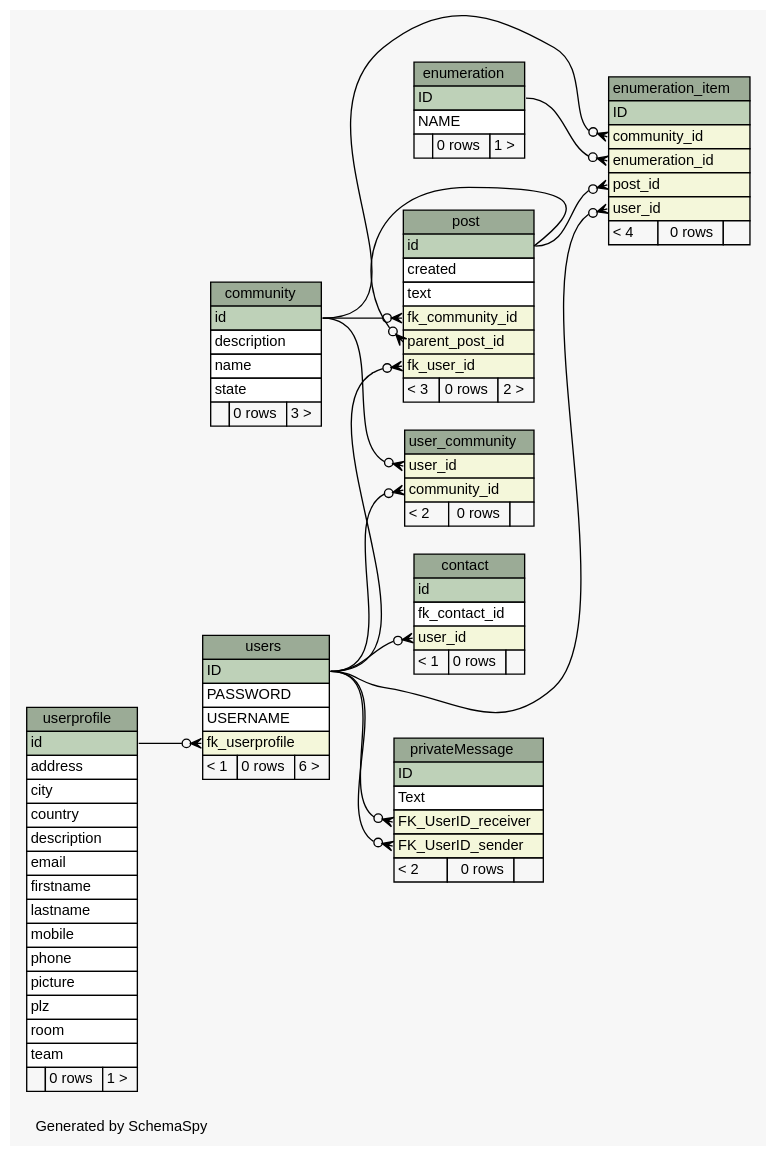
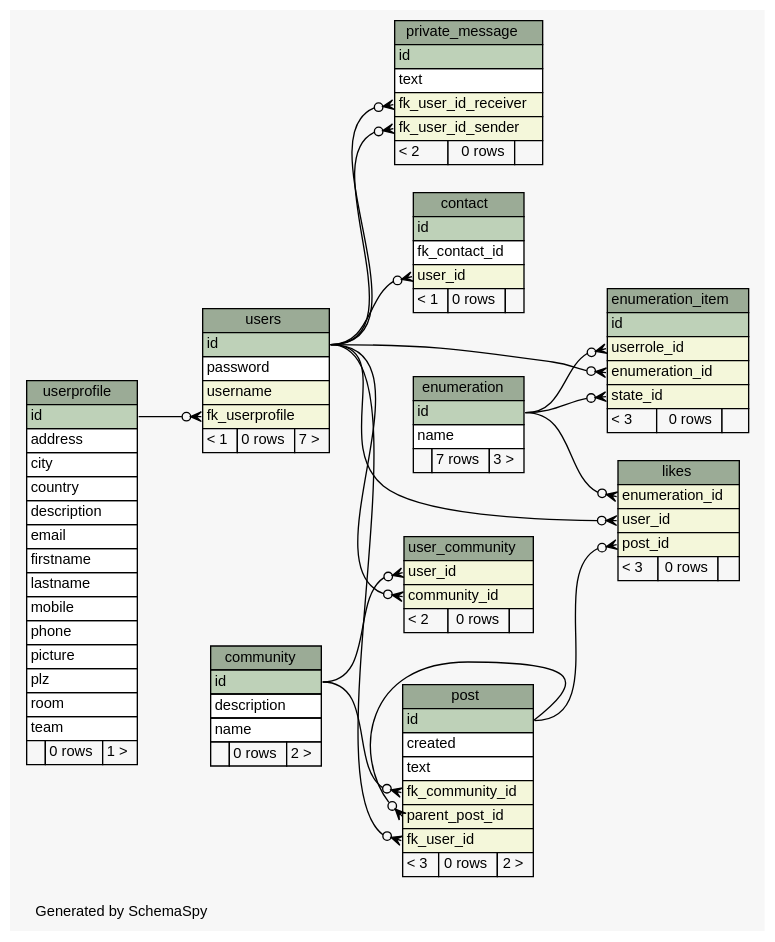
Before and after one commit to chr-krenn/chr-krenn-fhj-ws2017-sd17-pse: the diagram in doc/db_schema/diagrams/summary/relationships.real.large.dot, drawn with Graphviz. The commit also changed 65 other files, not shown here.

```diff
--- a/doc/db_schema/diagrams/summary/relationships.real.large.dot
+++ b/doc/db_schema/diagrams/summary/relationships.real.large.dot
@@ -1,160 +1,172 @@
 // dot 2.40.1 on Linux 4.12.5-300.fc26.x86_64
 // SchemaSpy rev 590
 digraph "largeRelationshipsDiagram" {
   graph [
     rankdir="RL"
     bgcolor="#f7f7f7"
     label="\nGenerated by SchemaSpy"
     labeljust="l"
     nodesep="0.18"
     ranksep="0.46"
     fontname="Helvetica"
     fontsize="11"
   ];
   node [
     fontname="Helvetica"
     fontsize="11"
     shape="plaintext"
   ];
   edge [
     arrowsize="0.8"
   ];
   "community" [
     label=<
     <TABLE BORDER="0" CELLBORDER="1" CELLSPACING="0" BGCOLOR="#ffffff">
       <TR><TD COLSPAN="3" BGCOLOR="#9bab96" ALIGN="CENTER">community</TD></TR>
       <TR><TD PORT="id" COLSPAN="3" BGCOLOR="#bed1b8" ALIGN="LEFT">id</TD></TR>
       <TR><TD PORT="description" COLSPAN="3" ALIGN="LEFT">description</TD></TR>
       <TR><TD PORT="name" COLSPAN="3" ALIGN="LEFT">name</TD></TR>
-      <TR><TD PORT="state" COLSPAN="3" ALIGN="LEFT">state</TD></TR>
-      <TR><TD ALIGN="LEFT" BGCOLOR="#f7f7f7">  </TD><TD ALIGN="RIGHT" BGCOLOR="#f7f7f7">0 rows</TD><TD ALIGN="RIGHT" BGCOLOR="#f7f7f7">3 &gt;</TD></TR>
+      <TR><TD ALIGN="LEFT" BGCOLOR="#f7f7f7">  </TD><TD ALIGN="RIGHT" BGCOLOR="#f7f7f7">0 rows</TD><TD ALIGN="RIGHT" BGCOLOR="#f7f7f7">2 &gt;</TD></TR>
     </TABLE>>
     URL="tables/community.html"
     tooltip="community"
   ];
   "contact" [
     label=<
     <TABLE BORDER="0" CELLBORDER="1" CELLSPACING="0" BGCOLOR="#ffffff">
       <TR><TD COLSPAN="3" BGCOLOR="#9bab96" ALIGN="CENTER">contact</TD></TR>
       <TR><TD PORT="id" COLSPAN="3" BGCOLOR="#bed1b8" ALIGN="LEFT">id</TD></TR>
       <TR><TD PORT="fk_contact_id" COLSPAN="3" ALIGN="LEFT">fk_contact_id</TD></TR>
       <TR><TD PORT="user_id" COLSPAN="3" BGCOLOR="#f4f7da" ALIGN="LEFT">user_id</TD></TR>
       <TR><TD ALIGN="LEFT" BGCOLOR="#f7f7f7">&lt; 1</TD><TD ALIGN="RIGHT" BGCOLOR="#f7f7f7">0 rows</TD><TD ALIGN="RIGHT" BGCOLOR="#f7f7f7">  </TD></TR>
     </TABLE>>
     URL="tables/contact.html"
     tooltip="contact"
   ];
   "enumeration" [
     label=<
     <TABLE BORDER="0" CELLBORDER="1" CELLSPACING="0" BGCOLOR="#ffffff">
       <TR><TD COLSPAN="3" BGCOLOR="#9bab96" ALIGN="CENTER">enumeration</TD></TR>
-      <TR><TD PORT="ID" COLSPAN="3" BGCOLOR="#bed1b8" ALIGN="LEFT">ID</TD></TR>
-      <TR><TD PORT="NAME" COLSPAN="3" ALIGN="LEFT">NAME</TD></TR>
-      <TR><TD ALIGN="LEFT" BGCOLOR="#f7f7f7">  </TD><TD ALIGN="RIGHT" BGCOLOR="#f7f7f7">0 rows</TD><TD ALIGN="RIGHT" BGCOLOR="#f7f7f7">1 &gt;</TD></TR>
+      <TR><TD PORT="id" COLSPAN="3" BGCOLOR="#bed1b8" ALIGN="LEFT">id</TD></TR>
+      <TR><TD PORT="name" COLSPAN="3" ALIGN="LEFT">name</TD></TR>
+      <TR><TD ALIGN="LEFT" BGCOLOR="#f7f7f7">  </TD><TD ALIGN="RIGHT" BGCOLOR="#f7f7f7">7 rows</TD><TD ALIGN="RIGHT" BGCOLOR="#f7f7f7">3 &gt;</TD></TR>
     </TABLE>>
     URL="tables/enumeration.html"
     tooltip="enumeration"
   ];
   "enumeration_item" [
     label=<
     <TABLE BORDER="0" CELLBORDER="1" CELLSPACING="0" BGCOLOR="#ffffff">
       <TR><TD COLSPAN="3" BGCOLOR="#9bab96" ALIGN="CENTER">enumeration_item</TD></TR>
-      <TR><TD PORT="ID" COLSPAN="3" BGCOLOR="#bed1b8" ALIGN="LEFT">ID</TD></TR>
-      <TR><TD PORT="community_id" COLSPAN="3" BGCOLOR="#f4f7da" ALIGN="LEFT">community_id</TD></TR>
+      <TR><TD PORT="id" COLSPAN="3" BGCOLOR="#bed1b8" ALIGN="LEFT">id</TD></TR>
+      <TR><TD PORT="userrole_id" COLSPAN="3" BGCOLOR="#f4f7da" ALIGN="LEFT">userrole_id</TD></TR>
       <TR><TD PORT="enumeration_id" COLSPAN="3" BGCOLOR="#f4f7da" ALIGN="LEFT">enumeration_id</TD></TR>
-      <TR><TD PORT="post_id" COLSPAN="3" BGCOLOR="#f4f7da" ALIGN="LEFT">post_id</TD></TR>
-      <TR><TD PORT="user_id" COLSPAN="3" BGCOLOR="#f4f7da" ALIGN="LEFT">user_id</TD></TR>
-      <TR><TD ALIGN="LEFT" BGCOLOR="#f7f7f7">&lt; 4</TD><TD ALIGN="RIGHT" BGCOLOR="#f7f7f7">0 rows</TD><TD ALIGN="RIGHT" BGCOLOR="#f7f7f7">  </TD></TR>
+      <TR><TD PORT="state_id" COLSPAN="3" BGCOLOR="#f4f7da" ALIGN="LEFT">state_id</TD></TR>
+      <TR><TD ALIGN="LEFT" BGCOLOR="#f7f7f7">&lt; 3</TD><TD ALIGN="RIGHT" BGCOLOR="#f7f7f7">0 rows</TD><TD ALIGN="RIGHT" BGCOLOR="#f7f7f7">  </TD></TR>
     </TABLE>>
     URL="tables/enumeration_item.html"
     tooltip="enumeration_item"
+  ];
+  "likes" [
+    label=<
+    <TABLE BORDER="0" CELLBORDER="1" CELLSPACING="0" BGCOLOR="#ffffff">
+      <TR><TD COLSPAN="3" BGCOLOR="#9bab96" ALIGN="CENTER">likes</TD></TR>
+      <TR><TD PORT="enumeration_id" COLSPAN="3" BGCOLOR="#f4f7da" ALIGN="LEFT">enumeration_id</TD></TR>
+      <TR><TD PORT="user_id" COLSPAN="3" BGCOLOR="#f4f7da" ALIGN="LEFT">user_id</TD></TR>
+      <TR><TD PORT="post_id" COLSPAN="3" BGCOLOR="#f4f7da" ALIGN="LEFT">post_id</TD></TR>
+      <TR><TD ALIGN="LEFT" BGCOLOR="#f7f7f7">&lt; 3</TD><TD ALIGN="RIGHT" BGCOLOR="#f7f7f7">0 rows</TD><TD ALIGN="RIGHT" BGCOLOR="#f7f7f7">  </TD></TR>
+    </TABLE>>
+    URL="tables/likes.html"
+    tooltip="likes"
   ];
   "post" [
     label=<
     <TABLE BORDER="0" CELLBORDER="1" CELLSPACING="0" BGCOLOR="#ffffff">
       <TR><TD COLSPAN="3" BGCOLOR="#9bab96" ALIGN="CENTER">post</TD></TR>
       <TR><TD PORT="id" COLSPAN="3" BGCOLOR="#bed1b8" ALIGN="LEFT">id</TD></TR>
       <TR><TD PORT="created" COLSPAN="3" ALIGN="LEFT">created</TD></TR>
       <TR><TD PORT="text" COLSPAN="3" ALIGN="LEFT">text</TD></TR>
       <TR><TD PORT="fk_community_id" COLSPAN="3" BGCOLOR="#f4f7da" ALIGN="LEFT">fk_community_id</TD></TR>
       <TR><TD PORT="parent_post_id" COLSPAN="3" BGCOLOR="#f4f7da" ALIGN="LEFT">parent_post_id</TD></TR>
       <TR><TD PORT="fk_user_id" COLSPAN="3" BGCOLOR="#f4f7da" ALIGN="LEFT">fk_user_id</TD></TR>
       <TR><TD ALIGN="LEFT" BGCOLOR="#f7f7f7">&lt; 3</TD><TD ALIGN="RIGHT" BGCOLOR="#f7f7f7">0 rows</TD><TD ALIGN="RIGHT" BGCOLOR="#f7f7f7">2 &gt;</TD></TR>
     </TABLE>>
     URL="tables/post.html"
     tooltip="post"
   ];
-  "privateMessage" [
+  "private_message" [
     label=<
     <TABLE BORDER="0" CELLBORDER="1" CELLSPACING="0" BGCOLOR="#ffffff">
-      <TR><TD COLSPAN="3" BGCOLOR="#9bab96" ALIGN="CENTER">privateMessage</TD></TR>
-      <TR><TD PORT="ID" COLSPAN="3" BGCOLOR="#bed1b8" ALIGN="LEFT">ID</TD></TR>
-      <TR><TD PORT="Text" COLSPAN="3" ALIGN="LEFT">Text</TD></TR>
-      <TR><TD PORT="FK_UserID_receiver" COLSPAN="3" BGCOLOR="#f4f7da" ALIGN="LEFT">FK_UserID_receiver</TD></TR>
-      <TR><TD PORT="FK_UserID_sender" COLSPAN="3" BGCOLOR="#f4f7da" ALIGN="LEFT">FK_UserID_sender</TD></TR>
+      <TR><TD COLSPAN="3" BGCOLOR="#9bab96" ALIGN="CENTER">private_message</TD></TR>
+      <TR><TD PORT="id" COLSPAN="3" BGCOLOR="#bed1b8" ALIGN="LEFT">id</TD></TR>
+      <TR><TD PORT="text" COLSPAN="3" ALIGN="LEFT">text</TD></TR>
+      <TR><TD PORT="fk_user_id_receiver" COLSPAN="3" BGCOLOR="#f4f7da" ALIGN="LEFT">fk_user_id_receiver</TD></TR>
+      <TR><TD PORT="fk_user_id_sender" COLSPAN="3" BGCOLOR="#f4f7da" ALIGN="LEFT">fk_user_id_sender</TD></TR>
       <TR><TD ALIGN="LEFT" BGCOLOR="#f7f7f7">&lt; 2</TD><TD ALIGN="RIGHT" BGCOLOR="#f7f7f7">0 rows</TD><TD ALIGN="RIGHT" BGCOLOR="#f7f7f7">  </TD></TR>
     </TABLE>>
-    URL="tables/privateMessage.html"
-    tooltip="privateMessage"
+    URL="tables/private_message.html"
+    tooltip="private_message"
   ];
   "user_community" [
     label=<
     <TABLE BORDER="0" CELLBORDER="1" CELLSPACING="0" BGCOLOR="#ffffff">
       <TR><TD COLSPAN="3" BGCOLOR="#9bab96" ALIGN="CENTER">user_community</TD></TR>
       <TR><TD PORT="user_id" COLSPAN="3" BGCOLOR="#f4f7da" ALIGN="LEFT">user_id</TD></TR>
       <TR><TD PORT="community_id" COLSPAN="3" BGCOLOR="#f4f7da" ALIGN="LEFT">community_id</TD></TR>
       <TR><TD ALIGN="LEFT" BGCOLOR="#f7f7f7">&lt; 2</TD><TD ALIGN="RIGHT" BGCOLOR="#f7f7f7">0 rows</TD><TD ALIGN="RIGHT" BGCOLOR="#f7f7f7">  </TD></TR>
     </TABLE>>
     URL="tables/user_community.html"
     tooltip="user_community"
   ];
   "userprofile" [
     label=<
     <TABLE BORDER="0" CELLBORDER="1" CELLSPACING="0" BGCOLOR="#ffffff">
       <TR><TD COLSPAN="3" BGCOLOR="#9bab96" ALIGN="CENTER">userprofile</TD></TR>
       <TR><TD PORT="id" COLSPAN="3" BGCOLOR="#bed1b8" ALIGN="LEFT">id</TD></TR>
       <TR><TD PORT="address" COLSPAN="3" ALIGN="LEFT">address</TD></TR>
       <TR><TD PORT="city" COLSPAN="3" ALIGN="LEFT">city</TD></TR>
       <TR><TD PORT="country" COLSPAN="3" ALIGN="LEFT">country</TD></TR>
       <TR><TD PORT="description" COLSPAN="3" ALIGN="LEFT">description</TD></TR>
       <TR><TD PORT="email" COLSPAN="3" ALIGN="LEFT">email</TD></TR>
       <TR><TD PORT="firstname" COLSPAN="3" ALIGN="LEFT">firstname</TD></TR>
       <TR><TD PORT="lastname" COLSPAN="3" ALIGN="LEFT">lastname</TD></TR>
       <TR><TD PORT="mobile" COLSPAN="3" ALIGN="LEFT">mobile</TD></TR>
       <TR><TD PORT="phone" COLSPAN="3" ALIGN="LEFT">phone</TD></TR>
       <TR><TD PORT="picture" COLSPAN="3" ALIGN="LEFT">picture</TD></TR>
       <TR><TD PORT="plz" COLSPAN="3" ALIGN="LEFT">plz</TD></TR>
       <TR><TD PORT="room" COLSPAN="3" ALIGN="LEFT">room</TD></TR>
       <TR><TD PORT="team" COLSPAN="3" ALIGN="LEFT">team</TD></TR>
       <TR><TD ALIGN="LEFT" BGCOLOR="#f7f7f7">  </TD><TD ALIGN="RIGHT" BGCOLOR="#f7f7f7">0 rows</TD><TD ALIGN="RIGHT" BGCOLOR="#f7f7f7">1 &gt;</TD></TR>
     </TABLE>>
     URL="tables/userprofile.html"
     tooltip="userprofile"
   ];
   "users" [
     label=<
     <TABLE BORDER="0" CELLBORDER="1" CELLSPACING="0" BGCOLOR="#ffffff">
       <TR><TD COLSPAN="3" BGCOLOR="#9bab96" ALIGN="CENTER">users</TD></TR>
-      <TR><TD PORT="ID" COLSPAN="3" BGCOLOR="#bed1b8" ALIGN="LEFT">ID</TD></TR>
-      <TR><TD PORT="PASSWORD" COLSPAN="3" ALIGN="LEFT">PASSWORD</TD></TR>
-      <TR><TD PORT="USERNAME" COLSPAN="3" ALIGN="LEFT">USERNAME</TD></TR>
+      <TR><TD PORT="id" COLSPAN="3" BGCOLOR="#bed1b8" ALIGN="LEFT">id</TD></TR>
+      <TR><TD PORT="password" COLSPAN="3" ALIGN="LEFT">password</TD></TR>
+      <TR><TD PORT="username" COLSPAN="3" BGCOLOR="#f4f7da" ALIGN="LEFT">username</TD></TR>
       <TR><TD PORT="fk_userprofile" COLSPAN="3" BGCOLOR="#f4f7da" ALIGN="LEFT">fk_userprofile</TD></TR>
-      <TR><TD ALIGN="LEFT" BGCOLOR="#f7f7f7">&lt; 1</TD><TD ALIGN="RIGHT" BGCOLOR="#f7f7f7">0 rows</TD><TD ALIGN="RIGHT" BGCOLOR="#f7f7f7">6 &gt;</TD></TR>
+      <TR><TD ALIGN="LEFT" BGCOLOR="#f7f7f7">&lt; 1</TD><TD ALIGN="RIGHT" BGCOLOR="#f7f7f7">0 rows</TD><TD ALIGN="RIGHT" BGCOLOR="#f7f7f7">7 &gt;</TD></TR>
     </TABLE>>
     URL="tables/users.html"
     tooltip="users"
   ];
-  "contact":"user_id":w -> "users":"ID":e [arrowhead=none dir=back arrowtail=crowodot];
-  "enumeration_item":"community_id":w -> "community":"id":e [arrowhead=none dir=back arrowtail=crowodot];
-  "enumeration_item":"enumeration_id":w -> "enumeration":"ID":e [arrowhead=none dir=back arrowtail=crowodot];
-  "enumeration_item":"post_id":w -> "post":"id":e [arrowhead=none dir=back arrowtail=crowodot];
-  "enumeration_item":"user_id":w -> "users":"ID":e [arrowhead=none dir=back arrowtail=crowodot];
+  "contact":"user_id":w -> "users":"id":e [arrowhead=none dir=back arrowtail=crowodot];
+  "enumeration_item":"enumeration_id":w -> "users":"id":e [arrowhead=none dir=back arrowtail=crowodot];
+  "enumeration_item":"state_id":w -> "enumeration":"id":e [arrowhead=none dir=back arrowtail=crowodot];
+  "enumeration_item":"userrole_id":w -> "enumeration":"id":e [arrowhead=none dir=back arrowtail=crowodot];
+  "likes":"enumeration_id":w -> "enumeration":"id":e [arrowhead=none dir=back arrowtail=crowodot];
+  "likes":"post_id":w -> "post":"id":e [arrowhead=none dir=back arrowtail=crowodot];
+  "likes":"user_id":w -> "users":"id":e [arrowhead=none dir=back arrowtail=crowodot];
   "post":"fk_community_id":w -> "community":"id":e [arrowhead=none dir=back arrowtail=crowodot];
-  "post":"fk_user_id":w -> "users":"ID":e [arrowhead=none dir=back arrowtail=crowodot];
+  "post":"fk_user_id":w -> "users":"id":e [arrowhead=none dir=back arrowtail=crowodot];
   "post":"parent_post_id":w -> "post":"id":e [arrowhead=none dir=back arrowtail=crowodot];
-  "privateMessage":"FK_UserID_receiver":w -> "users":"ID":e [arrowhead=none dir=back arrowtail=crowodot];
-  "privateMessage":"FK_UserID_sender":w -> "users":"ID":e [arrowhead=none dir=back arrowtail=crowodot];
-  "user_community":"community_id":w -> "users":"ID":e [arrowhead=none dir=back arrowtail=crowodot];
+  "private_message":"fk_user_id_receiver":w -> "users":"id":e [arrowhead=none dir=back arrowtail=crowodot];
+  "private_message":"fk_user_id_sender":w -> "users":"id":e [arrowhead=none dir=back arrowtail=crowodot];
+  "user_community":"community_id":w -> "users":"id":e [arrowhead=none dir=back arrowtail=crowodot];
   "user_community":"user_id":w -> "community":"id":e [arrowhead=none dir=back arrowtail=crowodot];
   "users":"fk_userprofile":w -> "userprofile":"id":e [arrowhead=none dir=back arrowtail=crowodot];
 }
```
